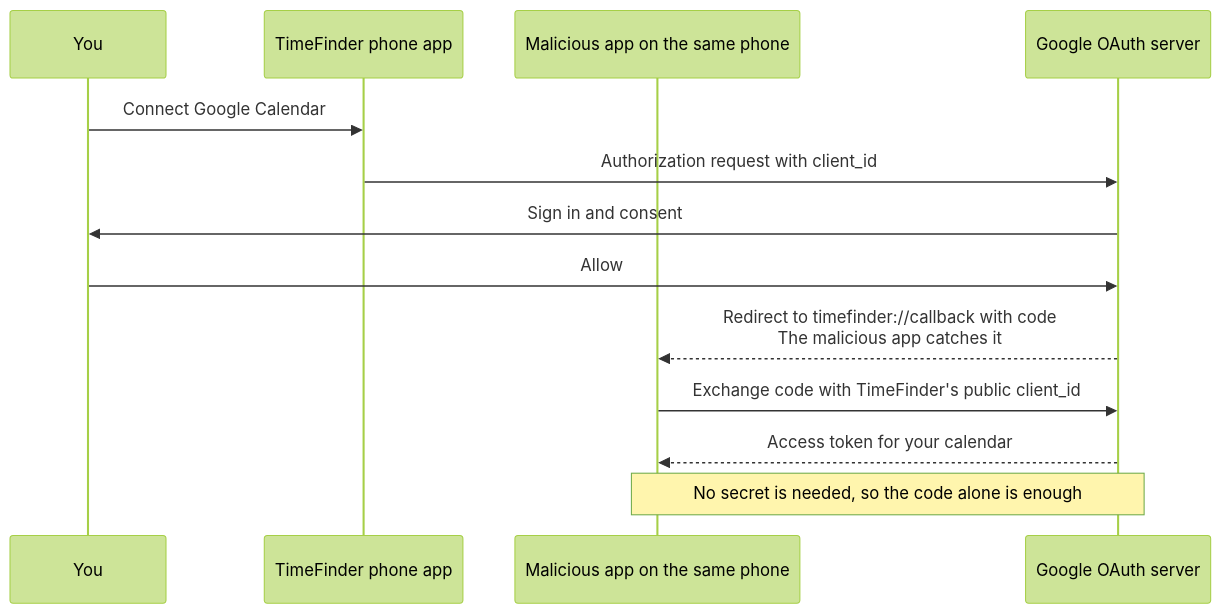
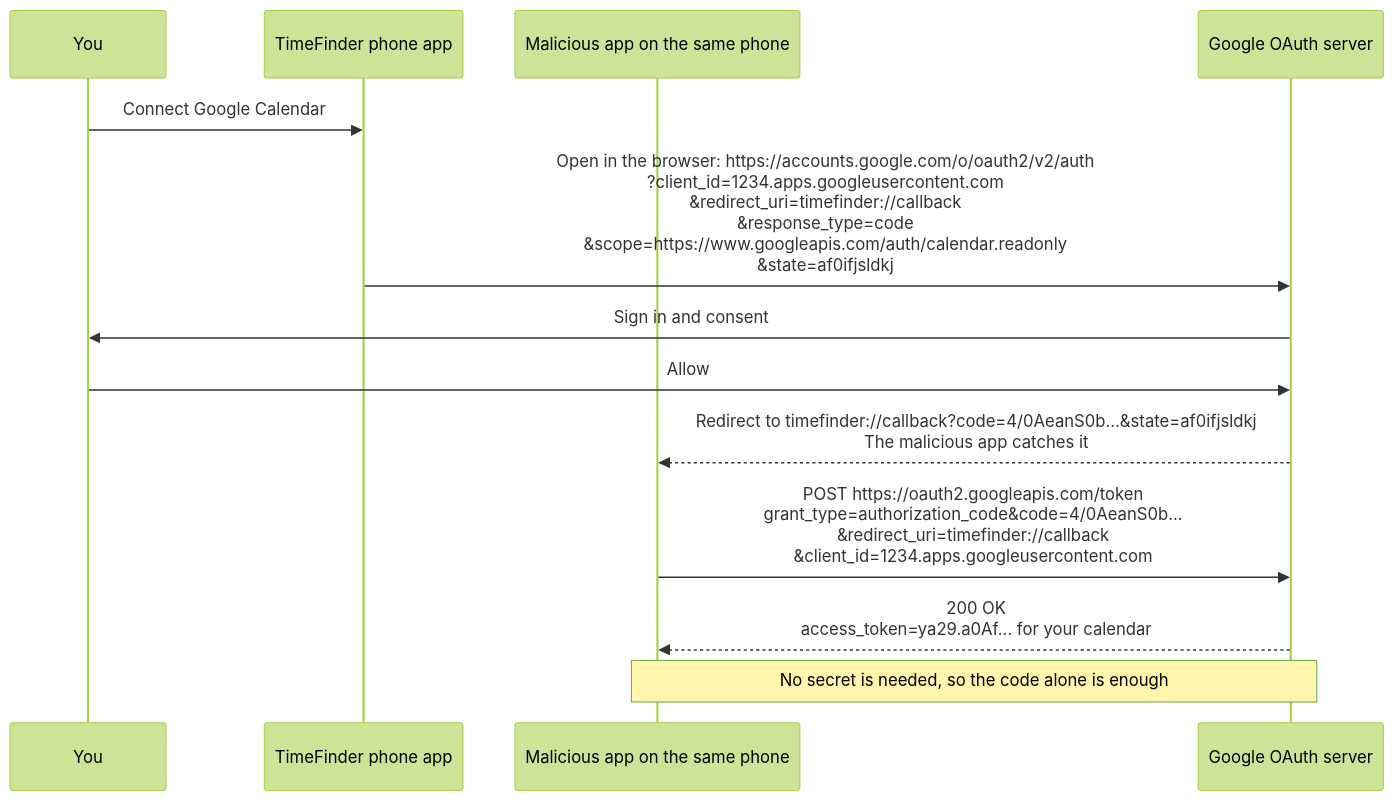
The third of 5 diagrams in cheatsheets/oauth.md (fsw0422/sd-handbook), drawn with Mermaid (forest theme) before and after one commit. The commit also changed other lines of this file, not shown here.

First line of the commit message:
docs: add real URLs to the PKCE attack diagrams

````diff
--- a/cheatsheets/oauth.md
+++ b/cheatsheets/oauth.md
@@ -156,16 +156,16 @@
 ```mermaid
 sequenceDiagram
     participant U as You
     participant T as TimeFinder phone app
     participant M as Malicious app on the same phone
     participant G as Google OAuth server
 
     U->>T: Connect Google Calendar
-    T->>G: Authorization request with client_id
+    T->>G: Open in the browser: https://accounts.google.com/o/oauth2/v2/auth<br/>?client_id=1234.apps.googleusercontent.com<br/>&redirect_uri=timefinder://callback<br/>&response_type=code<br/>&scope=https://www.googleapis.com/auth/calendar.readonly<br/>&state=af0ifjsldkj
     G->>U: Sign in and consent
     U->>G: Allow
-    G-->>M: Redirect to timefinder://callback with code<br/>The malicious app catches it
-    M->>G: Exchange code with TimeFinder's public client_id
-    G-->>M: Access token for your calendar
+    G-->>M: Redirect to timefinder://callback?code=4/0AeanS0b...&state=af0ifjsldkj<br/>The malicious app catches it
+    M->>G: POST https://oauth2.googleapis.com/token<br/>grant_type=authorization_code&code=4/0AeanS0b...<br/>&redirect_uri=timefinder://callback<br/>&client_id=1234.apps.googleusercontent.com
+    G-->>M: 200 OK<br/>access_token=ya29.a0Af... for your calendar
     Note over M,G: No secret is needed, so the code alone is enough
 ```
````
